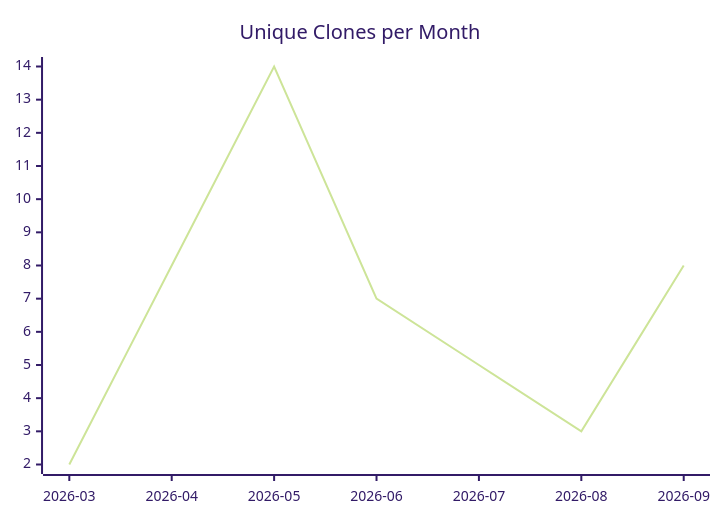
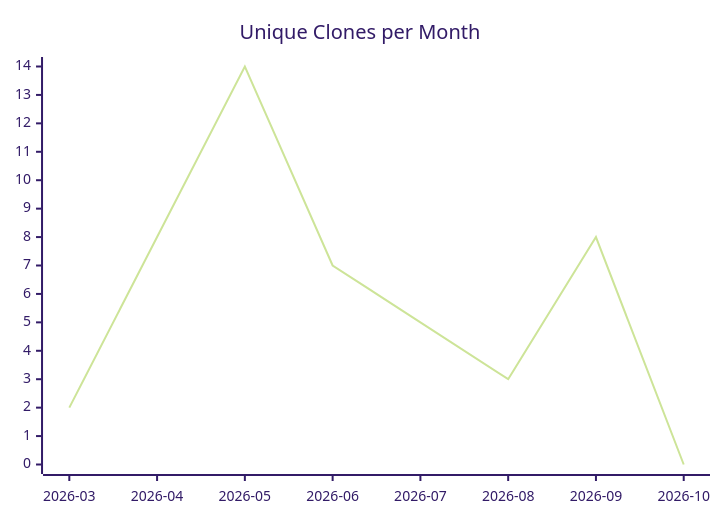
The third of 3 diagrams in karlmdavis/hello-rust-actix/README.md (justdavis-family/github-analytics-data), drawn with Mermaid (forest theme) before and after one commit. The commit also changed other lines of this file and 202 other files, not shown here.

````diff
--- a/karlmdavis/hello-rust-actix/README.md
+++ b/karlmdavis/hello-rust-actix/README.md
@@ -19,6 +19,6 @@
 ```mermaid
 xychart-beta
   title "Unique Clones per Month"
-  x-axis ["2026-03", "2026-04", "2026-05", "2026-06", "2026-07", "2026-08", "2026-09"]
-  line [2, 8, 14, 7, 5, 3, 8]
+  x-axis ["2026-03", "2026-04", "2026-05", "2026-06", "2026-07", "2026-08", "2026-09", "2026-10"]
+  line [2, 8, 14, 7, 5, 3, 8, 0]
 ```
````
